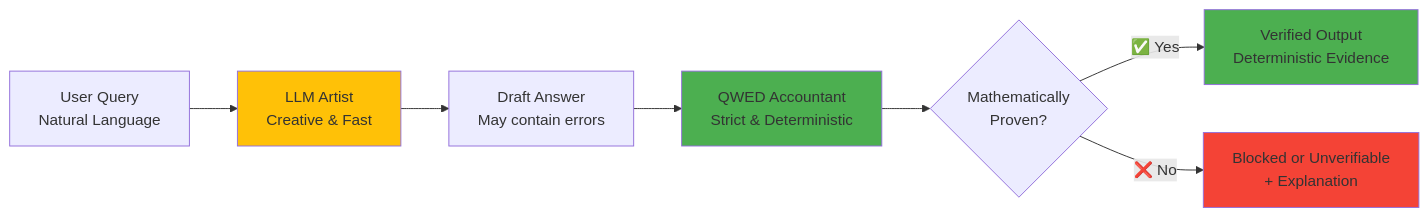
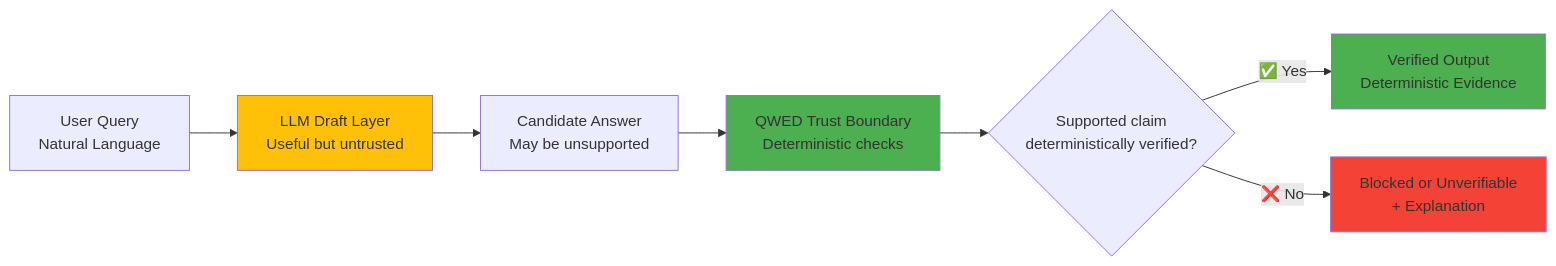
One commit to QWED-AI/qwed-learning changed the diagram in README.md. Above: the diagram before and after it, drawn with Mermaid. The commit also changed other lines of this file and 14 other files, not shown here.

Commit message:
docs: refresh later curriculum trust-boundary guidance

````diff
--- a/README.md
+++ b/README.md
@@ -142,14 +142,14 @@
 ```mermaid
 graph LR
-    A["User Query<br/>Natural Language"] --> B["LLM Artist<br/>Creative & Fast"]
-    B --> C["Draft Answer<br/>May contain errors"]
-    C --> D["QWED Accountant<br/>Strict & Deterministic"]
-    D --> E{"Mathematically<br/>Proven?"}
+    A["User Query<br/>Natural Language"] --> B["LLM Draft Layer<br/>Useful but untrusted"]
+    B --> C["Candidate Answer<br/>May be unsupported"]
+    C --> D["QWED Trust Boundary<br/>Deterministic checks"]
+    D --> E{"Supported claim<br/>deterministically verified?"}
     E -->|"✅ Yes"| F["Verified Output<br/>Deterministic Evidence"]
     E -->|"❌ No"| G["Blocked or Unverifiable<br/>+ Explanation"]
     
     style B fill:#ffc107
     style D fill:#4caf50
     style F fill:#4caf50
     style G fill:#f44336
 ```
````
